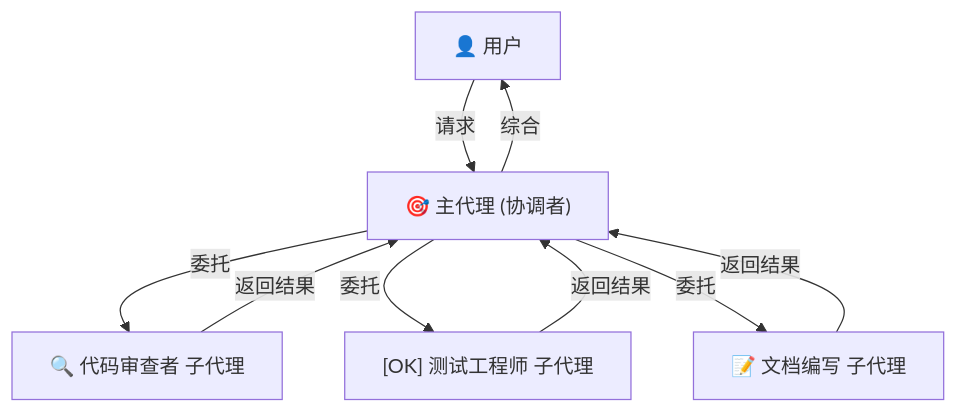
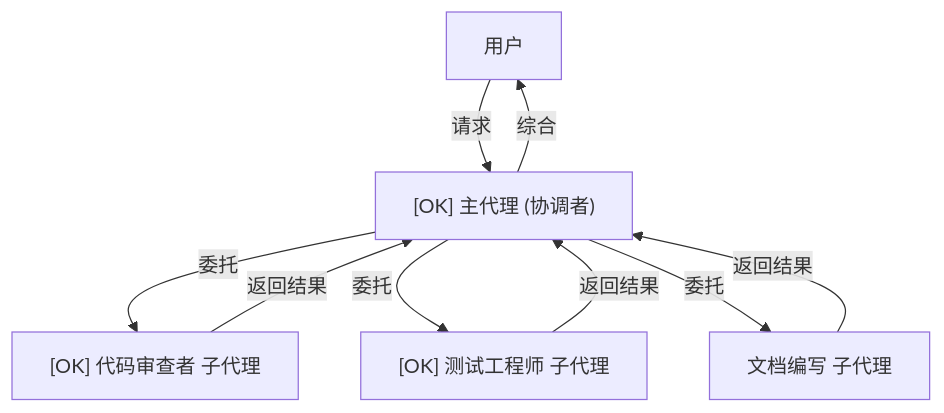
The fourth of 31 diagrams in claude_concepts_guide.md (Rx782-Fss/claude-howto-zh), drawn with Mermaid before and after one commit. The commit also changed other lines of this file and 6 other files, not shown here.

Commit message:
fix: 清除 Mermaid 内所有全角标点/emoji/<br/> (最终修复)

````diff
--- a/claude_concepts_guide.md
+++ b/claude_concepts_guide.md
@@ -222,17 +222,17 @@
 ```mermaid
 graph TB
-    User["👤 用户"]
-    Main["🎯 主代理 (协调者)"]
-    Reviewer["🔍 代码审查者 子代理"]
+    User[" 用户"]
+    Main["[OK] 主代理 (协调者)"]
+    Reviewer["[OK] 代码审查者 子代理"]
     Tester["[OK] 测试工程师 子代理"]
-    Docs["📝 文档编写 子代理"]
+    Docs[" 文档编写 子代理"]
 
     User -->|请求| Main
     Main -->|委托| Reviewer
     Main -->|委托| Tester
     Main -->|委托| Docs
     Reviewer -->|返回结果| Main
     Tester -->|返回结果| Main
     Docs -->|返回结果| Main
     Main -->|综合| User
 ```
````
